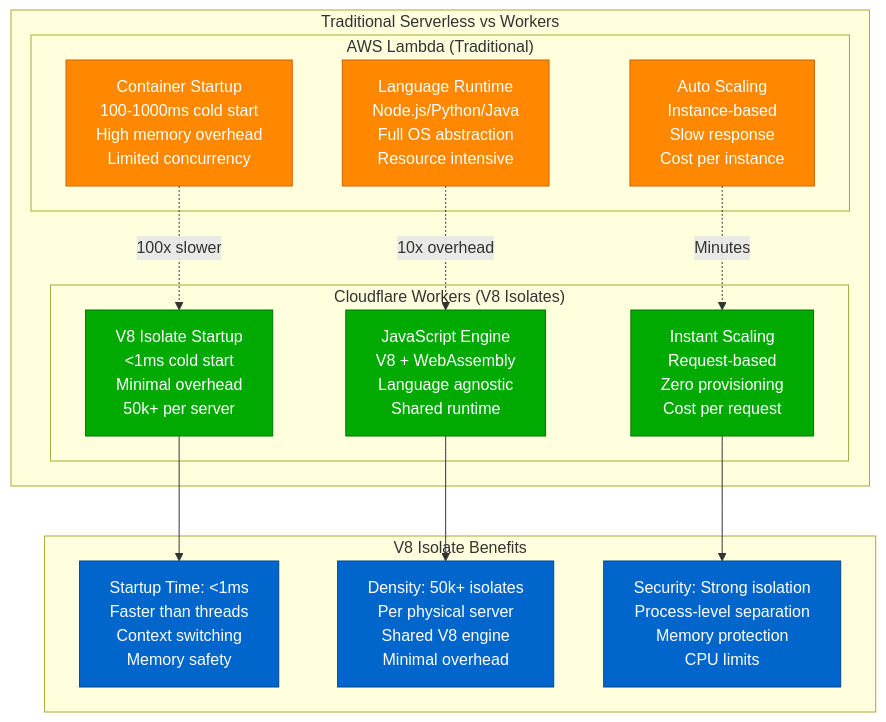
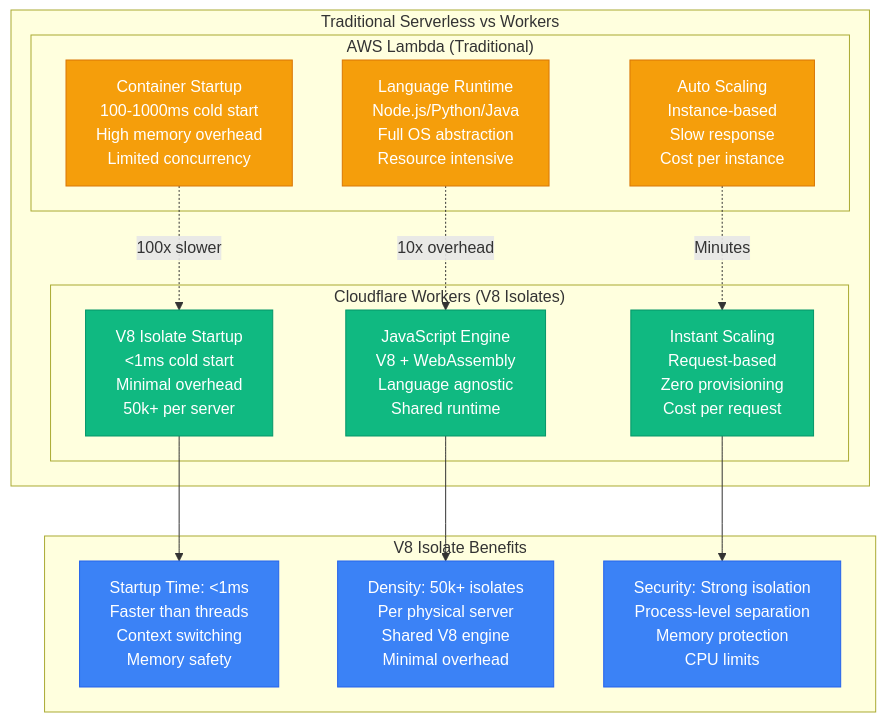
Before and after one commit to deepaucksharma/DS: the second of 8 diagrams in site/docs/systems/cloudflare/novel-solutions.md, drawn with Mermaid. The commit also changed other lines of this file and 303 other files, not shown here.

````diff
--- a/site/docs/systems/cloudflare/novel-solutions.md
+++ b/site/docs/systems/cloudflare/novel-solutions.md
@@ -90,41 +90,41 @@
 ```mermaid
 graph TB
     subgraph "Traditional Serverless vs Workers"
         subgraph "AWS Lambda (Traditional)"
             CONTAINER[Container Startup<br/>100-1000ms cold start<br/>High memory overhead<br/>Limited concurrency]
             LANG_RUNTIME[Language Runtime<br/>Node.js/Python/Java<br/>Full OS abstraction<br/>Resource intensive]
             SCALING[Auto Scaling<br/>Instance-based<br/>Slow response<br/>Cost per instance]
         end
 
         subgraph "Cloudflare Workers (V8 Isolates)"
             ISOLATE[V8 Isolate Startup<br/><1ms cold start<br/>Minimal overhead<br/>50k+ per server]
             JS_ENGINE[JavaScript Engine<br/>V8 + WebAssembly<br/>Language agnostic<br/>Shared runtime]
             INSTANT_SCALE[Instant Scaling<br/>Request-based<br/>Zero provisioning<br/>Cost per request]
         end
     end
 
     %% Performance comparison
     CONTAINER -.->|100x slower| ISOLATE
     LANG_RUNTIME -.->|10x overhead| JS_ENGINE
     SCALING -.->|Minutes| INSTANT_SCALE
 
     %% Technical advantages
     subgraph "V8 Isolate Benefits"
         STARTUP[Startup Time: <1ms<br/>Faster than threads<br/>Context switching<br/>Memory safety]
         DENSITY[Density: 50k+ isolates<br/>Per physical server<br/>Shared V8 engine<br/>Minimal overhead]
         SECURITY[Security: Strong isolation<br/>Process-level separation<br/>Memory protection<br/>CPU limits]
     end
 
     ISOLATE --> STARTUP
     JS_ENGINE --> DENSITY
     INSTANT_SCALE --> SECURITY
 
     %% Apply comparison colors
-    classDef traditionalStyle fill:#FF8800,stroke:#CC6600,color:#fff
-    classDef workersStyle fill:#00AA00,stroke:#007700,color:#fff
-    classDef benefitStyle fill:#0066CC,stroke:#004499,color:#fff
+    classDef traditionalStyle fill:#F59E0B,stroke:#D97706,color:#fff
+    classDef workersStyle fill:#10B981,stroke:#059669,color:#fff
+    classDef benefitStyle fill:#3B82F6,stroke:#2563EB,color:#fff
 
     class CONTAINER,LANG_RUNTIME,SCALING traditionalStyle
     class ISOLATE,JS_ENGINE,INSTANT_SCALE workersStyle
     class STARTUP,DENSITY,SECURITY benefitStyle
 ```
````
